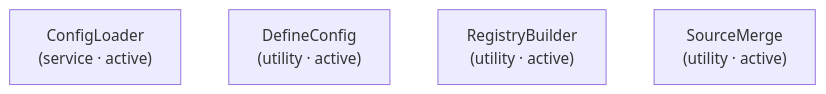
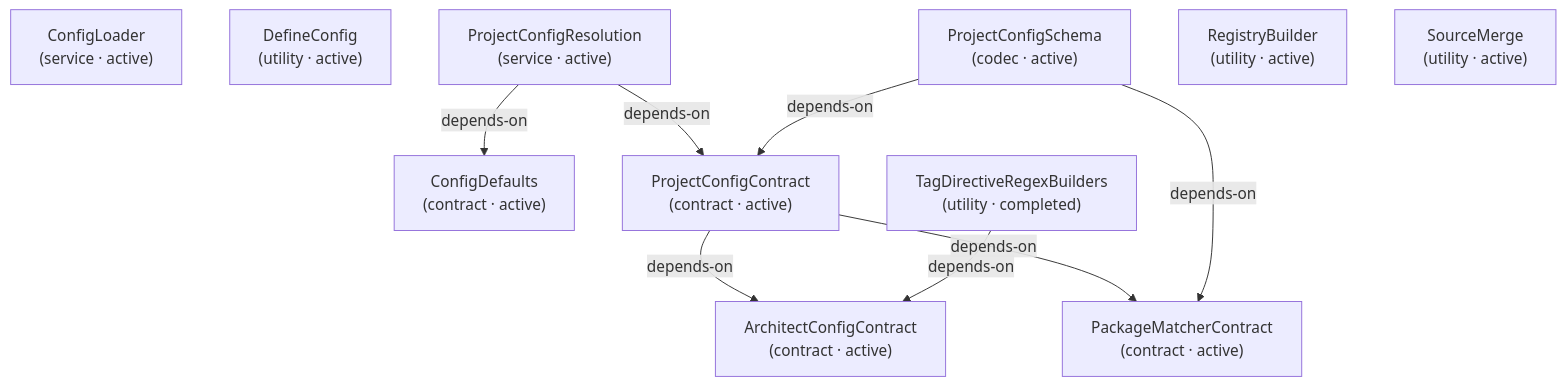
One commit to libar-dev/architect changed the fifth of 25 diagrams in docs-live/DESIGN-REVIEW.md. Above: the diagram before and after it, drawn with Mermaid. The commit also changed other lines of this file and 21 other files, not shown here.

First line of the commit message:
docs(live): regenerate docs-live from the reshaped graph

````diff
--- a/docs-live/DESIGN-REVIEW.md
+++ b/docs-live/DESIGN-REVIEW.md
@@ -136,7 +197,21 @@
 ```mermaid
 graph TD
+  architectconfigcontract["ArchitectConfigContract<br/>(contract · active)"]
+  configdefaults["ConfigDefaults<br/>(contract · active)"]
   configloader["ConfigLoader<br/>(service · active)"]
   defineconfig["DefineConfig<br/>(utility · active)"]
+  packagematchercontract["PackageMatcherContract<br/>(contract · active)"]
+  projectconfigcontract["ProjectConfigContract<br/>(contract · active)"]
+  projectconfigresolution["ProjectConfigResolution<br/>(service · active)"]
+  projectconfigschema["ProjectConfigSchema<br/>(codec · active)"]
   registrybuilder["RegistryBuilder<br/>(utility · active)"]
   sourcemerge["SourceMerge<br/>(utility · active)"]
+  tagdirectiveregexbuilders["TagDirectiveRegexBuilders<br/>(utility · completed)"]
+  projectconfigcontract -->|depends-on| architectconfigcontract
+  projectconfigcontract -->|depends-on| packagematchercontract
+  projectconfigresolution -->|depends-on| configdefaults
+  projectconfigresolution -->|depends-on| projectconfigcontract
+  projectconfigschema -->|depends-on| packagematchercontract
+  projectconfigschema -->|depends-on| projectconfigcontract
+  tagdirectiveregexbuilders -->|depends-on| architectconfigcontract
 ```
````
